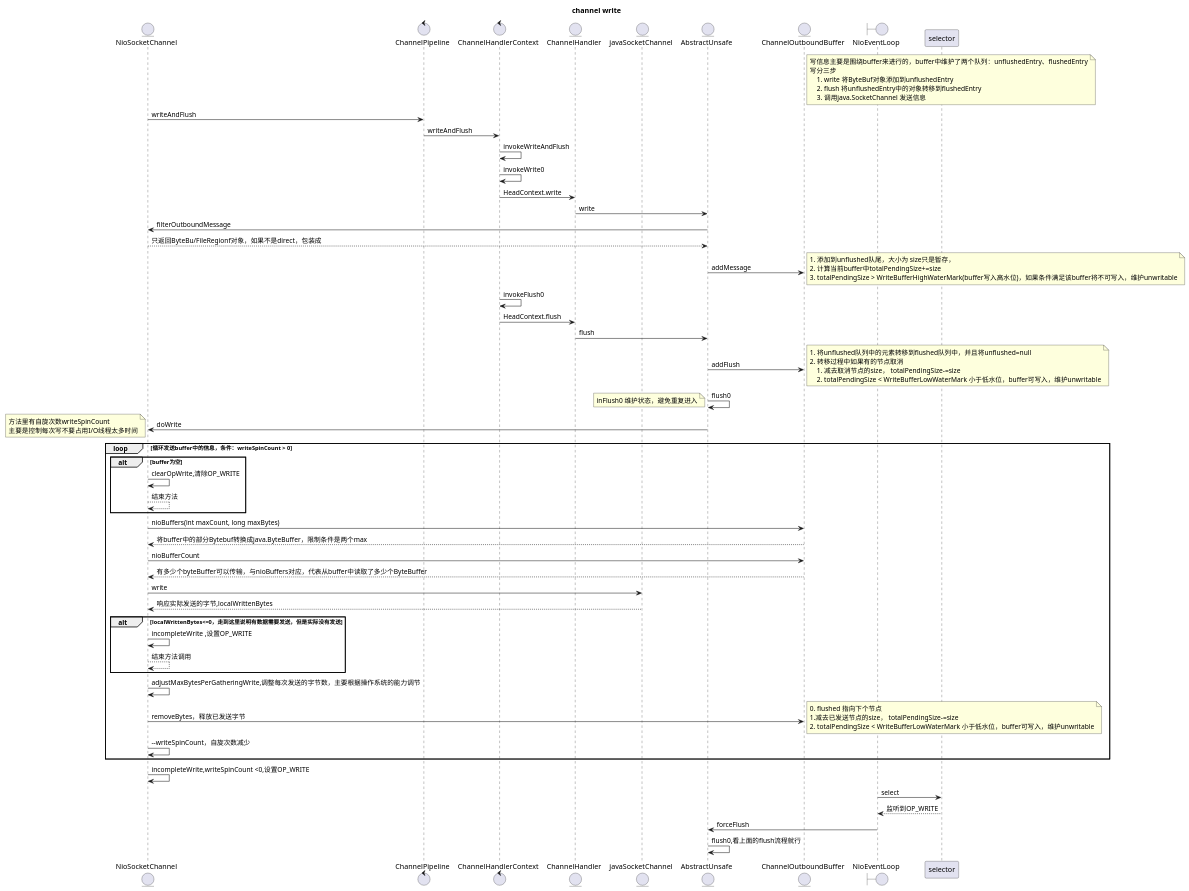
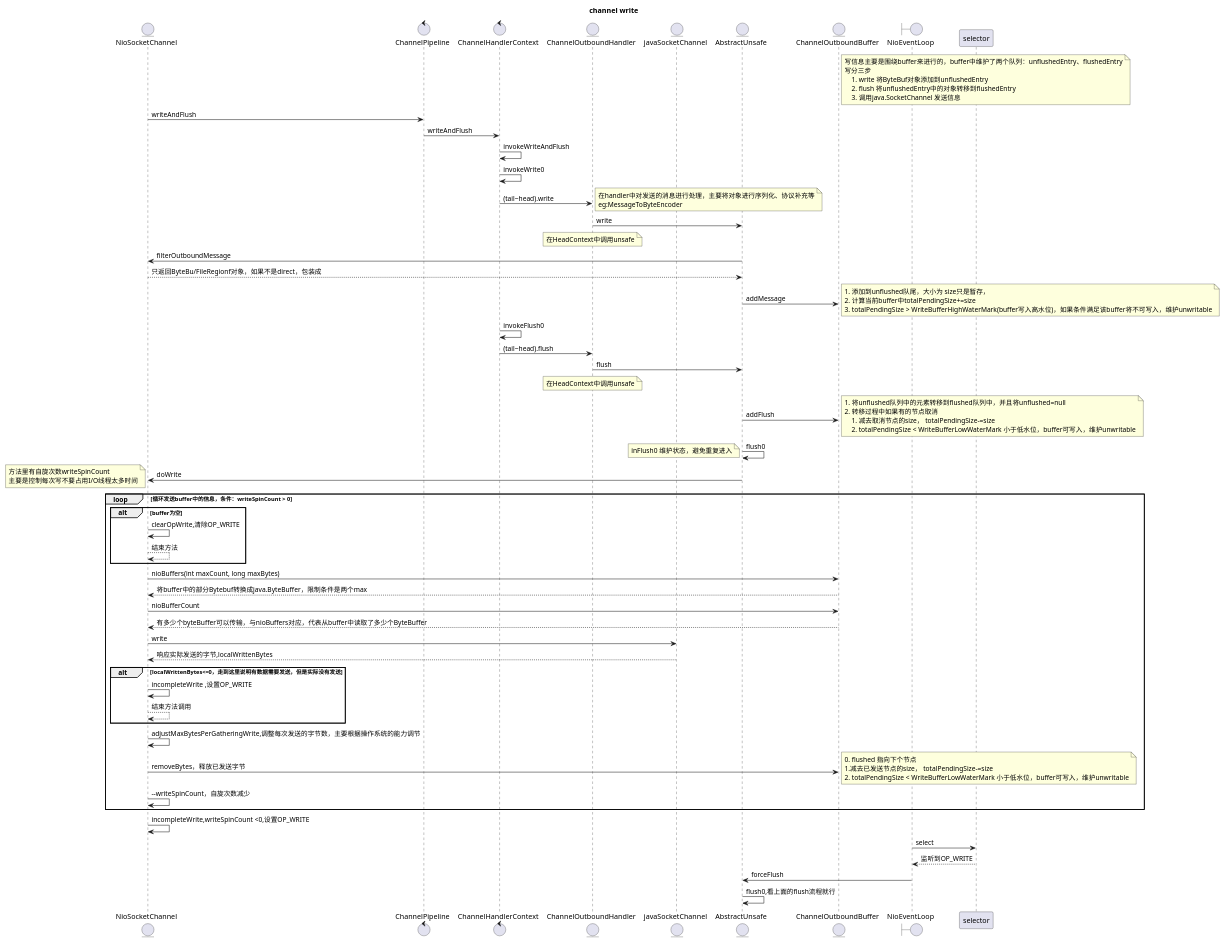
The fourth of 4 diagrams in netty/Netty流程.puml (Mark-WJQ/doc), drawn with PlantUML before and after one commit. The commit also changed other lines of this file and 9 other files, not shown here.

```diff
--- a/netty/Netty流程.puml
+++ b/netty/Netty流程.puml
@@ -136,98 +207,95 @@
 @startuml
 title channel write
 
 entity NioSocketChannel as nssc
 control ChannelPipeline as cp
 control ChannelHandlerContext as chc
-entity ChannelHandler as handler
+entity ChannelOutboundHandler as handler
 entity javaSocketChannel as javaCh
 entity AbstractUnsafe as unsafe
 entity ChannelOutboundBuffer as ob
 boundary NioEventLoop as nel
 note right of ob
 写信息主要是围绕buffer来进行的，buffer中维护了两个队列：unflushedEntry、flushedEntry
 写分三步
     1. write 将ByteBuf对象添加到unflushedEntry
     2. flush 将unflushedEntry中的对象转移到flushedEntry
     3. 调用java.SocketChannel 发送信息
 end note
 
 
 nssc -> cp : writeAndFlush
 cp -> chc : writeAndFlush
 chc -> chc : invokeWriteAndFlush
 chc -> chc : invokeWrite0
-chc -> handler : HeadContext.write
+chc -> handler : (tail~head).write
+note right
+在handler中对发送的消息进行处理，主要将对象进行序列化、协议补充等
+eg:MessageToByteEncoder
+end note
 handler -> unsafe : write
+note over handler
+在HeadContext中调用unsafe
+end note
 unsafe -> nssc : filterOutboundMessage
 nssc --> unsafe : 只返回ByteBu/FileRegionf对象，如果不是direct，包装成
 unsafe -> ob: addMessage
 note right
 1. 添加到unflushed队尾，大小为 size只是暂存，
 2. 计算当前buffer中totalPendingSize+=size
 3. totalPendingSize > WriteBufferHighWaterMark(buffer写入高水位)，如果条件满足该buffer将不可写入，维护unwritable
 end note
 chc -> chc : invokeFlush0
-chc -> handler : HeadContext.flush
+chc -> handler : (tail~head).flush
 handler -> unsafe :flush
+note over handler
+在HeadContext中调用unsafe
+end note
 unsafe -> ob:addFlush
 note right
 1. 将unflushed队列中的元素转移到flushed队列中，并且将unflushed=null
 2. 转移过程中如果有的节点取消
     1. 减去取消节点的size， totalPendingSize-=size
     2. totalPendingSize < WriteBufferLowWaterMark 小于低水位，buffer可写入，维护unwritable
 end note
 unsafe -> unsafe: flush0
 note left
 inFlush0 维护状态，避免重复进入
 end note
 unsafe -> nssc : doWrite
 
 loop  循环发送buffer中的信息，条件：writeSpinCount > 0
 note left
  方法里有自旋次数writeSpinCount
  主要是控制每次写不要占用I/O线程太多时间
 end note
 alt buffer为空
 nssc -> nssc :clearOpWrite,清除OP_WRITE
 return 结束方法
 end
 nssc -> ob : nioBuffers(int maxCount, long maxBytes)
 ob --> nssc: 将buffer中的部分Bytebuf转换成java.ByteBuffer，限制条件是两个max
 nssc -> ob : nioBufferCount
 ob --> nssc : 有多少个byteBuffer可以传输，与nioBuffers对应，代表从buffer中读取了多少个ByteBuffer
 nssc -> javaCh : write
 javaCh --> nssc : 响应实际发送的字节,localWrittenBytes
 alt localWrittenBytes<=0，走到这里说明有数据需要发送，但是实际没有发送
  nssc -> nssc :incompleteWrite ,设置OP_WRITE
  return  结束方法调用
 end
 nssc -> nssc:adjustMaxBytesPerGatheringWrite,调整每次发送的字节数，主要根据操作系统的能力调节
 nssc -> ob : removeBytes，释放已发送字节
 note right
  0. flushed 指向下个节点
  1.减去已发送节点的size， totalPendingSize-=size
  2. totalPendingSize < WriteBufferLowWaterMark 小于低水位，buffer可写入，维护unwritable
 end note
 nssc -> nssc : --writeSpinCount，自旋次数减少
 end loop
 nssc -> nssc :incompleteWrite,writeSpinCount <0,设置OP_WRITE
 
 nel -> selector : select
 selector --> nel : 监听到OP_WRITE
 nel -> unsafe:forceFlush
 unsafe -> unsafe:flush0,看上面的flush流程就行
-
-
-
-
-
-
-
-
-
-
-
-
-
 @enduml
```
